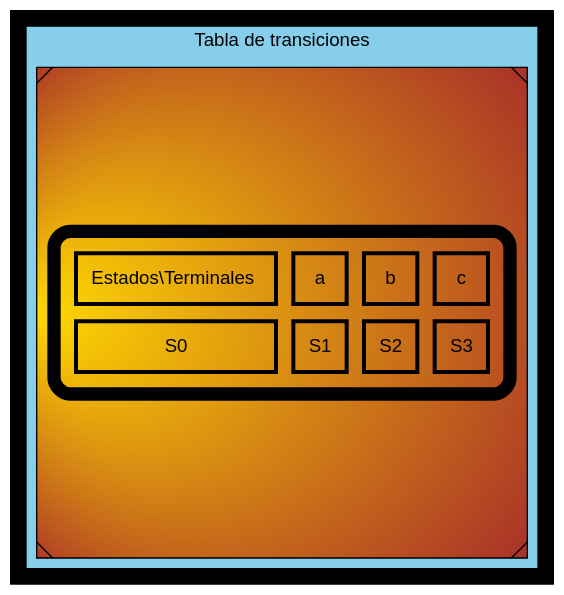
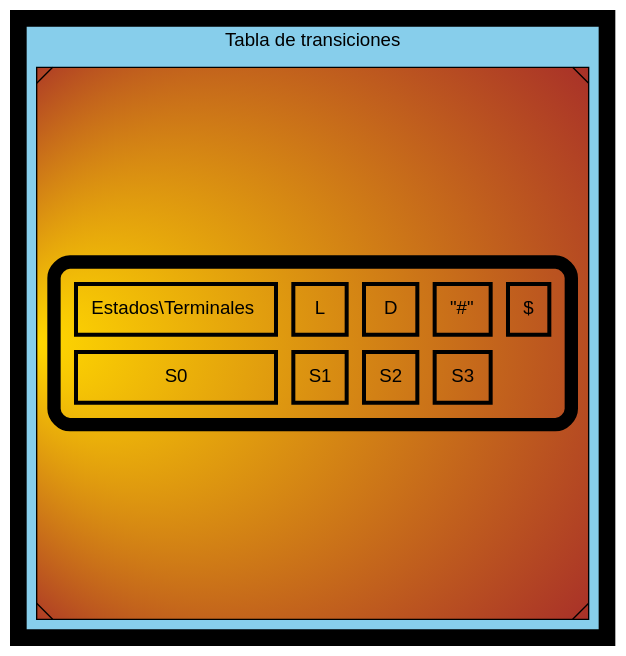
The diagram in src/analizadores/transiicones.dot (SergieArizandieta/OLC1-P1-202000119), drawn with Graphviz before and after one commit. The commit also changed 9 other files, not shown here.

Commit message:
programando tabla transiciones

```diff
--- a/src/analizadores/transiicones.dot
+++ b/src/analizadores/transiicones.dot
@@ -1,30 +1,27 @@
 digraph G { bgcolor="black" 
   fontname="Helvetica,Arial,sans-serif"
   node [fontname="Helvetica,Arial,sans-serif"]
   edge [fontname="Helvetica,Arial,sans-serif"]
   subgraph cluster1 {fillcolor="skyblue" style="filled"
-    node [shape=Msquare fillcolor="gold:brown" style="radial" gradientangle=180]
-    label = "Tabla de transiciones"
-    a0 [label=<
-    
- <TABLE border="10" cellspacing="10" cellpadding="10" style="rounded" gradientangle="315">
+  node [shape=Msquare fillcolor="gold:brown" style="radial" gradientangle=180]
+  label = "Tabla de transiciones"
+  a0 [label=<  
+  <TABLE border="10" cellspacing="10" cellpadding="10" style="rounded" gradientangle="315">
  
   <TR>
       <TD border="3">Estados\Terminales  </TD>
-      <TD border="3">a</TD>
-      <TD border="3">b</TD>
-      <TD border="3">c</TD>
+      <TD border="3">L</TD>
+      <TD border="3">D</TD>
+      <TD border="3">"#"</TD>
+      <TD border="3">$</TD>
   </TR>
+
 
   <TR>
       <TD border="3">S0</TD>
       <TD border="3" >S1</TD>
       <TD border="3" >S2</TD>
       <TD border="3">S3</TD>
   </TR>
   
-</TABLE>>];
-
-}
-
-}
+</TABLE>>];}}
```
